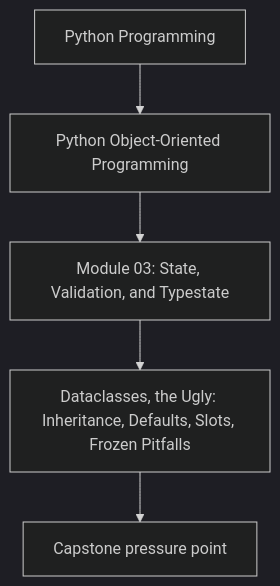
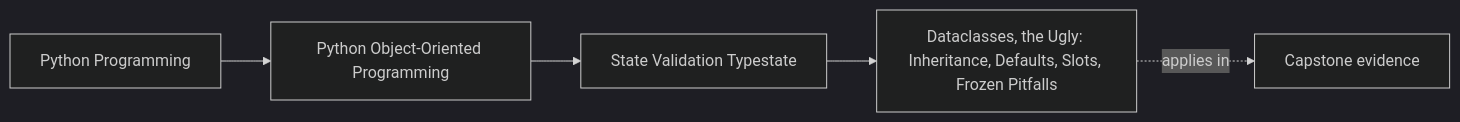
Before and after one commit to bijux/bijux-masterclass: the first of 2 diagrams in programs/python-programming/python-object-oriented-programming/course-book/module-03-state-validation-typestate/dataclass-inheritance-defaults-slots-and-frozen-pitfalls.md, drawn with Mermaid (dark theme). The commit also changed other lines of this file and 65 other files, not shown here.

Commit message:
docs(python-object-oriented-programming): map object model and design foundations

````diff
--- a/programs/python-programming/python-object-oriented-programming/course-book/module-03-state-validation-typestate/dataclass-inheritance-defaults-slots-and-frozen-pitfalls.md
+++ b/programs/python-programming/python-object-oriented-programming/course-book/module-03-state-validation-typestate/dataclass-inheritance-defaults-slots-and-frozen-pitfalls.md
@@ -7,7 +7,11 @@
 ```mermaid
-flowchart TD
-  family["Python Programming"] --> program["Python Object-Oriented Programming"]
-  program --> module["Module 03: State, Validation, and Typestate"]
-  module --> concept["Dataclasses, the Ugly: Inheritance, Defaults, Slots, Frozen Pitfalls"]
-  concept --> capstone["Capstone pressure point"]
+graph LR
+  family["Python Programming"]
+  program["Python Object-Oriented Programming"]
+  section["State Validation Typestate"]
+  page["Dataclasses, the Ugly: Inheritance, Defaults, Slots, Frozen Pitfalls"]
+  capstone["Capstone evidence"]
+
+  family --> program --> section --> page
+  page -.applies in.-> capstone
 ```
````
